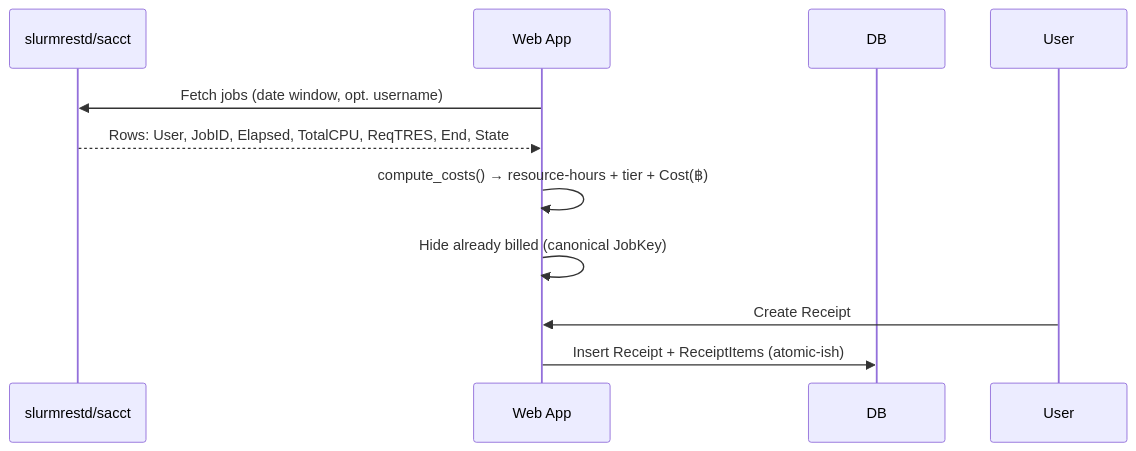
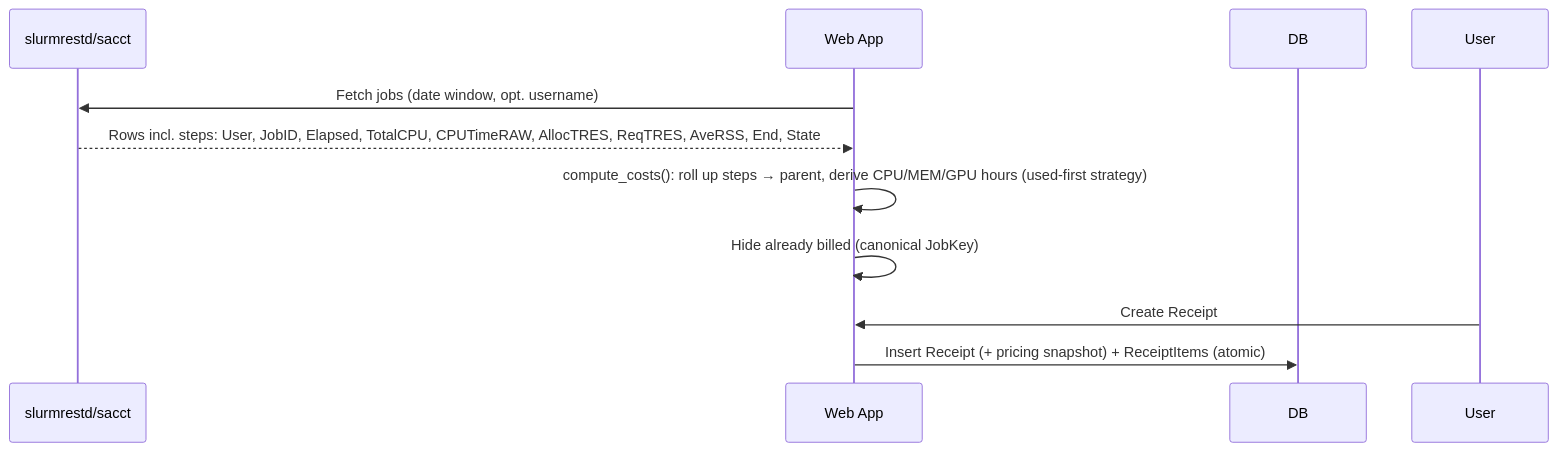
Before and after one commit to Purinat33/hpc_flask: the second of 3 diagrams in docs/index.md, drawn with Mermaid. The commit also changed other lines of this file and 1 other file, not shown here.

````diff
--- a/docs/index.md
+++ b/docs/index.md
@@ -89,13 +96,13 @@
 ```mermaid
 sequenceDiagram
   participant Slurm as slurmrestd/sacct
   participant App as Web App
   participant DB as DB
 
   App->>Slurm: Fetch jobs (date window, opt. username)
-  Slurm-->>App: Rows: User, JobID, Elapsed, TotalCPU, ReqTRES, End, State
-  App->>App: compute_costs() → resource-hours + tier + Cost(฿)
+  Slurm-->>App: Rows incl. steps: User, JobID, Elapsed, TotalCPU, CPUTimeRAW, AllocTRES, ReqTRES, AveRSS, End, State
+  App->>App: compute_costs(): roll up steps → parent, derive CPU/MEM/GPU hours (used-first strategy)
   App->>App: Hide already billed (canonical JobKey)
   User->>App: Create Receipt
-  App->>DB: Insert Receipt + ReceiptItems (atomic-ish)
+  App->>DB: Insert Receipt (+ pricing snapshot) + ReceiptItems (atomic)
 ```
````
